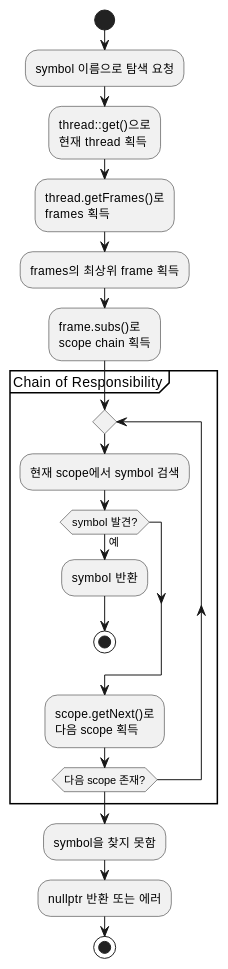
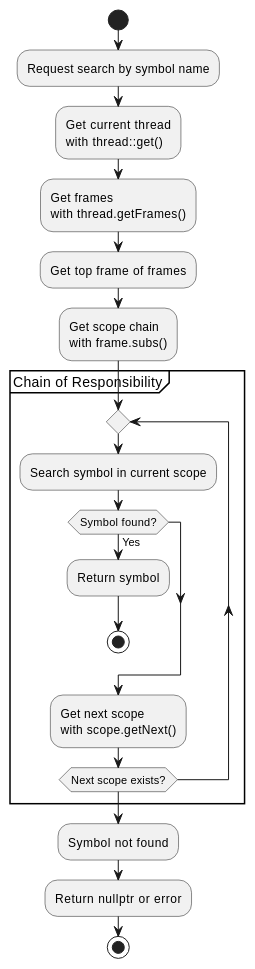
Diagram 12 of 19 in doc/ref/ko/ai-architecture-core.md (byeolang/byeol), drawn with PlantUML before and after one commit. The commit also changed other lines of this file, not shown here.

Commit message:
doc(core): translate english in plantuml to korean

```diff
--- a/doc/ref/ko/ai-architecture-core.md
+++ b/doc/ref/ko/ai-architecture-core.md
@@ -2516,33 +2516,33 @@
 @startuml
 start
 
-:symbol 이름으로 탐색 요청;
+:Request search by symbol name;
 
-:thread::get()으로\n현재 thread 획득;
+:Get current thread\nwith thread::get();
 
-:thread.getFrames()로\nframes 획득;
+:Get frames\nwith thread.getFrames();
 
-:frames의 최상위 frame 획득;
+:Get top frame of frames;
 
-:frame.subs()로\nscope chain 획득;
+:Get scope chain\nwith frame.subs();
 
 partition "Chain of Responsibility" {
     repeat
-        :현재 scope에서 symbol 검색;
+        :Search symbol in current scope;
 
-        if (symbol 발견?) then (예)
-            :symbol 반환;
+        if (Symbol found?) then (Yes)
+            :Return symbol;
             stop
         endif
 
-        :scope.getNext()로\n다음 scope 획득;
+        :Get next scope\nwith scope.getNext();
 
-    repeat while (다음 scope 존재?)
+    repeat while (Next scope exists?)
 }
 
-:symbol을 찾지 못함;
+:Symbol not found;
 
-:nullptr 반환 또는 에러;
+:Return nullptr or error;
 
 stop
 @enduml
```
